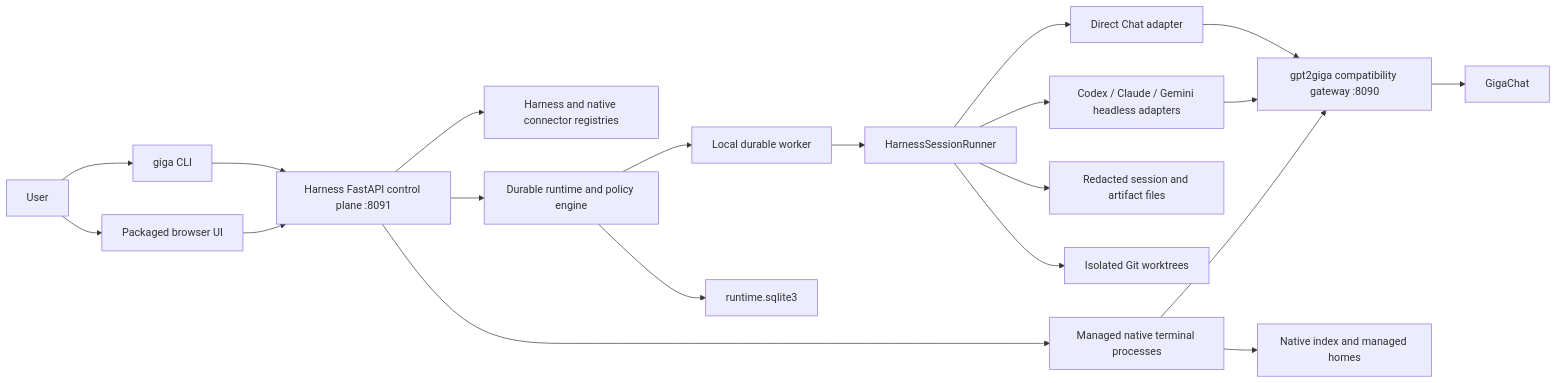
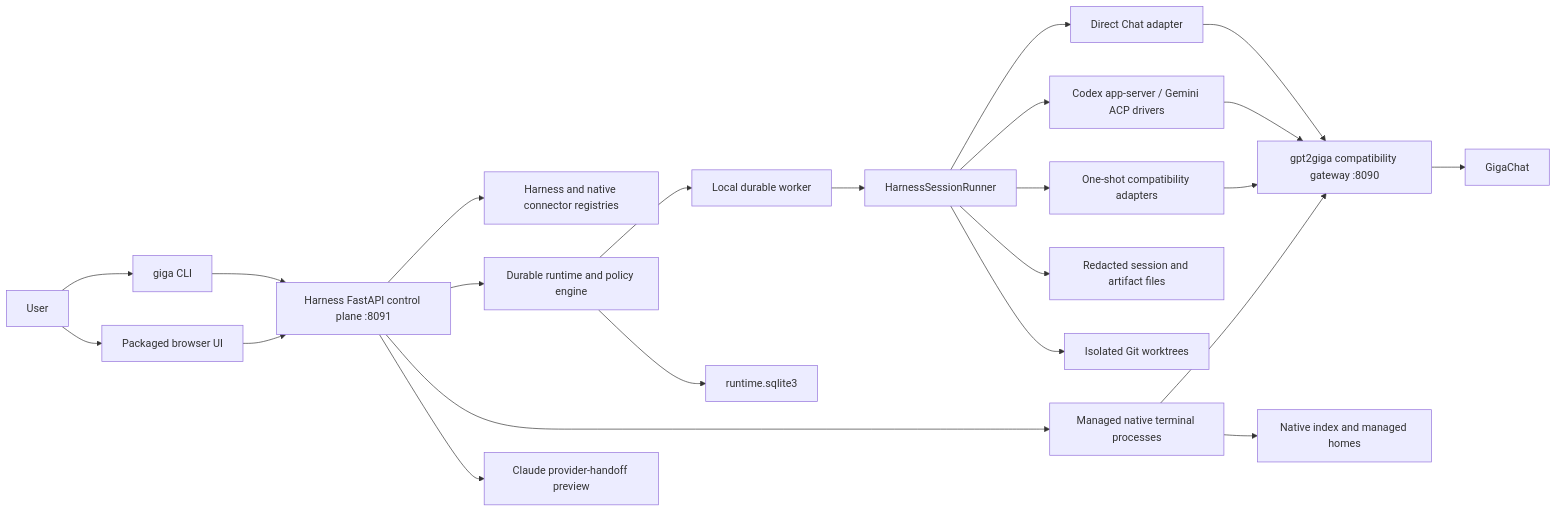
The first of 3 diagrams in docs/architecture/harness.md (ai-forever/gpt2giga), drawn with Mermaid before and after one commit. The commit also changed other lines of this file and 11 other files, not shown here.

````diff
--- a/docs/architecture/harness.md
+++ b/docs/architecture/harness.md
@@ -15,26 +15,29 @@
 ```mermaid
 flowchart LR
     User["User"] --> CLI["giga CLI"]
     User --> Browser["Packaged browser UI"]
     CLI --> Control["Harness FastAPI control plane :8091"]
     Browser --> Control
 
     Control --> Registry["Harness and native connector registries"]
     Control --> Runtime["Durable runtime and policy engine"]
     Runtime --> Worker["Local durable worker"]
     Worker --> Runner["HarnessSessionRunner"]
 
     Runner --> Direct["Direct Chat adapter"]
-    Runner --> AgentCLI["Codex / Claude / Gemini headless adapters"]
+    Runner --> Structured["Codex app-server / Gemini ACP drivers"]
+    Runner --> OneShot["One-shot compatibility adapters"]
     Control --> Native["Managed native terminal processes"]
+    Control --> Handoff["Claude provider-handoff preview"]
 
     Direct --> Gateway["gpt2giga compatibility gateway :8090"]
-    AgentCLI --> Gateway
+    Structured --> Gateway
+    OneShot --> Gateway
     Native --> Gateway
     Gateway --> GigaChat["GigaChat"]
 
     Runner --> SessionStore["Redacted session and artifact files"]
     Runtime --> SQLite["runtime.sqlite3"]
     Native --> NativeState["Native index and managed homes"]
     Runner --> Worktrees["Isolated Git worktrees"]
 ```
````
